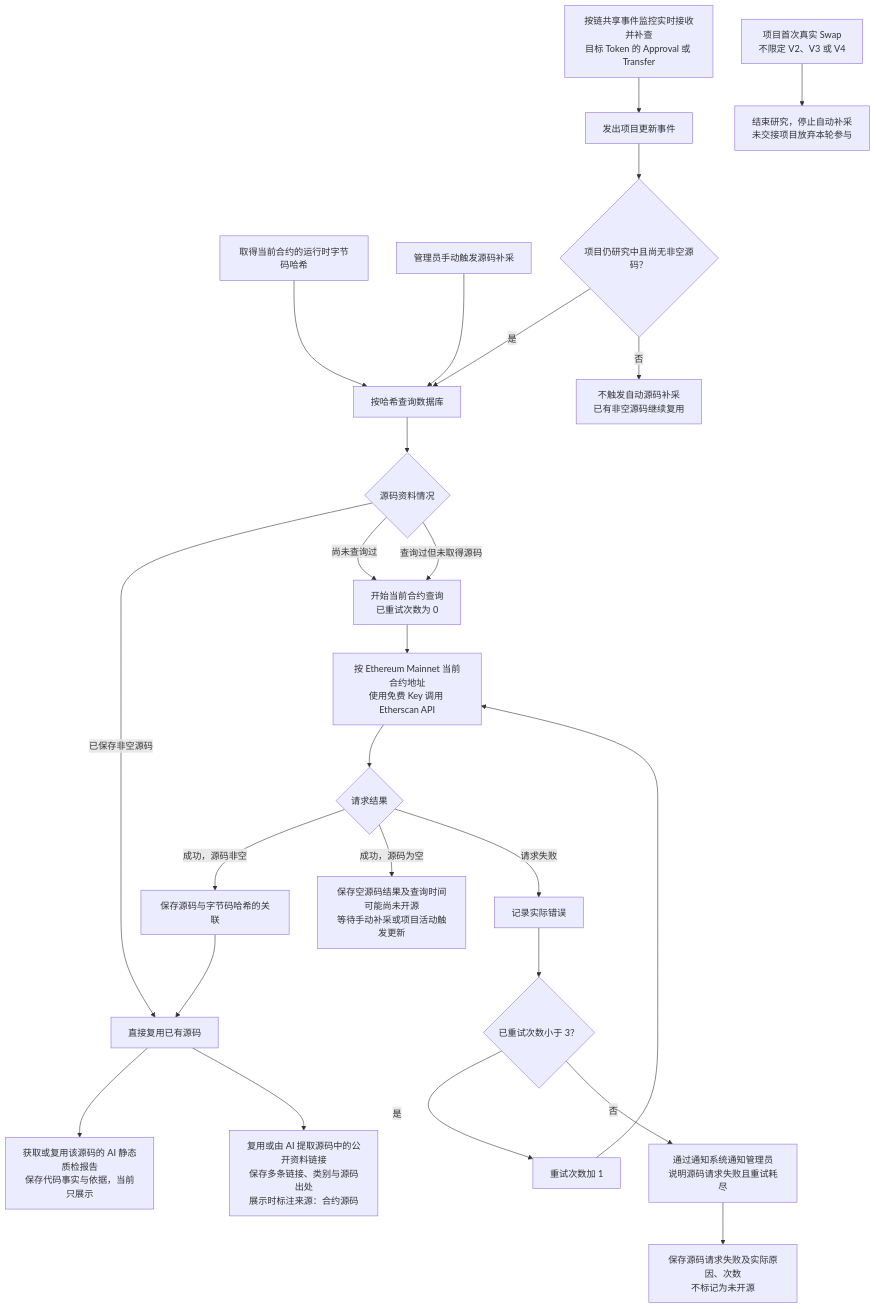
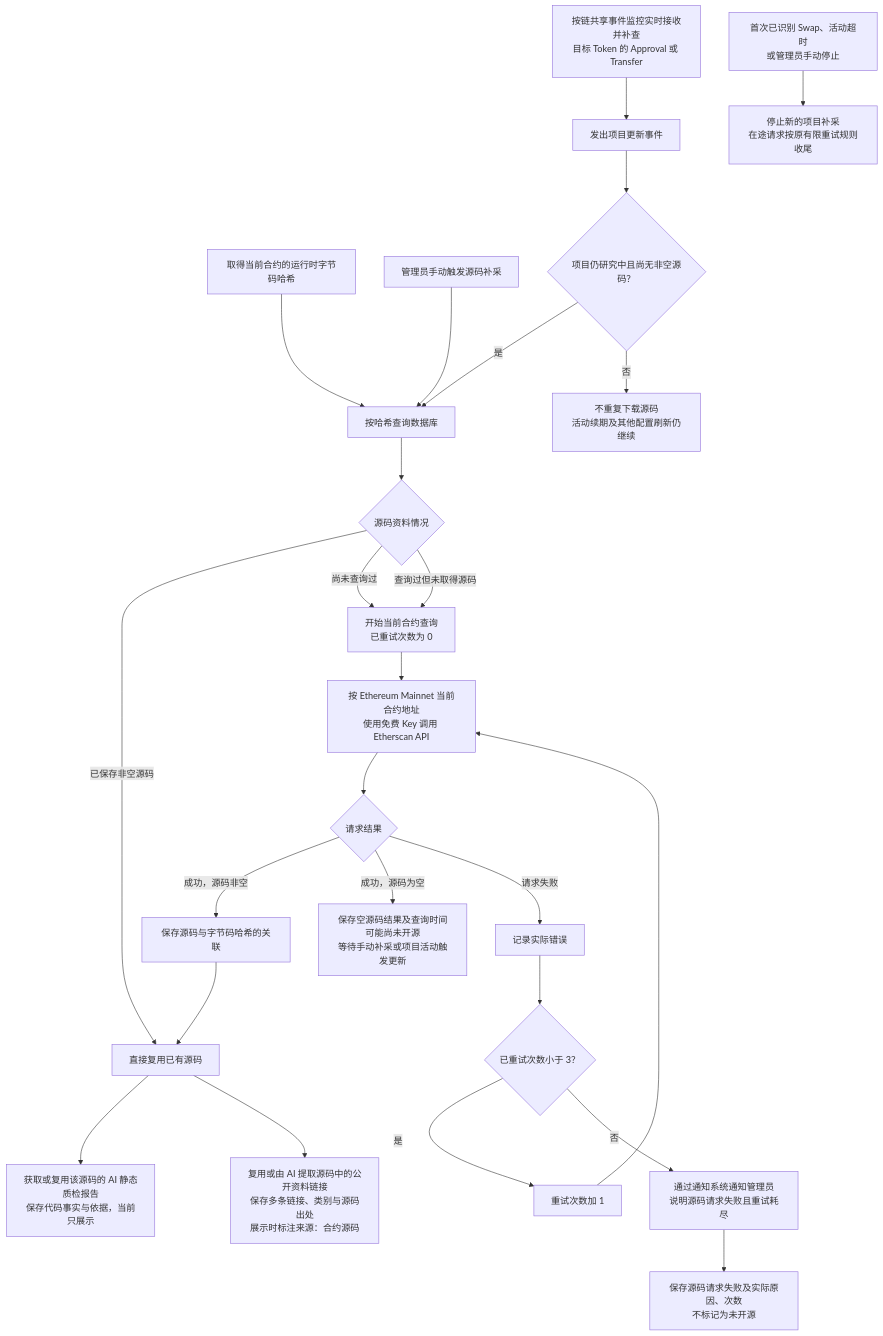
One commit to useryege/athena-o changed the diagram in docs/requirements/token/token-contract-source-flow.md. Above: the diagram before and after it, drawn with Mermaid. The commit also changed other lines of this file and 14 other files, not shown here.

````diff
--- a/docs/requirements/token/token-contract-source-flow.md
+++ b/docs/requirements/token/token-contract-source-flow.md
@@ -15,27 +15,27 @@
 ```mermaid
 flowchart TD
     A["取得当前合约的运行时字节码哈希"] --> B["按哈希查询数据库"]
     B --> C{"源码资料情况"}
     C -->|已保存非空源码| D["直接复用已有源码"]
     C -->|尚未查询过| R["开始当前合约查询<br/>已重试次数为 0"]
     C -->|查询过但未取得源码| R
     R --> E["按 Ethereum Mainnet 当前合约地址<br/>使用免费 Key 调用 Etherscan API"]
     E --> G{"请求结果"}
     G -->|成功，源码非空| H["保存源码与字节码哈希的关联"]
     H --> D
     G -->|成功，源码为空| U["保存空源码结果及查询时间<br/>可能尚未开源<br/>等待手动补采或项目活动触发更新"]
     G -->|请求失败| I["记录实际错误"]
     I --> K{"已重试次数小于 3？"}
     K -->|是| L["重试次数加 1"]
     L --> E
     K -->|否| M["通过通知系统通知管理员<br/>说明源码请求失败且重试耗尽"]
     M --> V["保存源码请求失败及实际原因、次数<br/>不标记为未开源"]
     D --> J["获取或复用该源码的 AI 静态质检报告<br/>保存代码事实与依据，当前只展示"]
     D --> P["复用或由 AI 提取源码中的公开资料链接<br/>保存多条链接、类别与源码出处<br/>展示时标注来源：合约源码"]
     MANUAL["管理员手动触发源码补采"] --> B
     ACTIVITY["按链共享事件监控实时接收并补查<br/>目标 Token 的 Approval 或 Transfer"] --> UPDATE["发出项目更新事件"]
     UPDATE --> ELIGIBLE{"项目仍研究中且尚无非空源码？"}
     ELIGIBLE -->|是| B
-    ELIGIBLE -->|否| SKIP["不触发自动源码补采<br/>已有非空源码继续复用"]
-    SWAP["项目首次真实 Swap<br/>不限定 V2、V3 或 V4"] --> STOP["结束研究，停止自动补采<br/>未交接项目放弃本轮参与"]
+    ELIGIBLE -->|否| SKIP["不重复下载源码<br/>活动续期及其他配置刷新仍继续"]
+    STOP_EVENT["首次已识别 Swap、活动超时<br/>或管理员手动停止"] --> STOP["停止新的项目补采<br/>在途请求按原有限重试规则收尾"]
 ```
````
